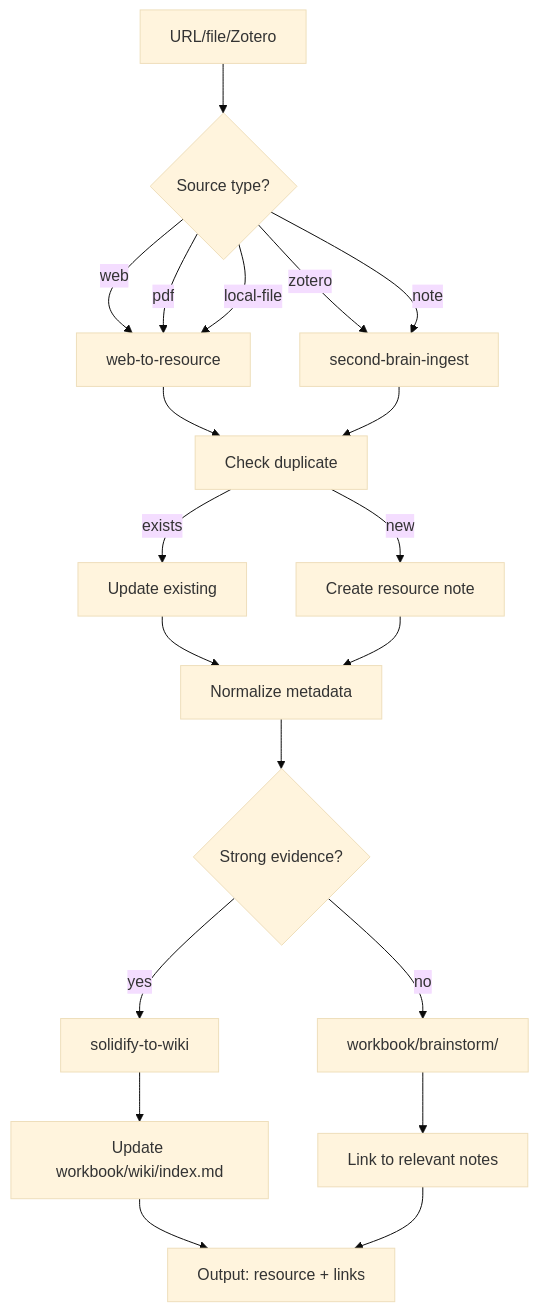
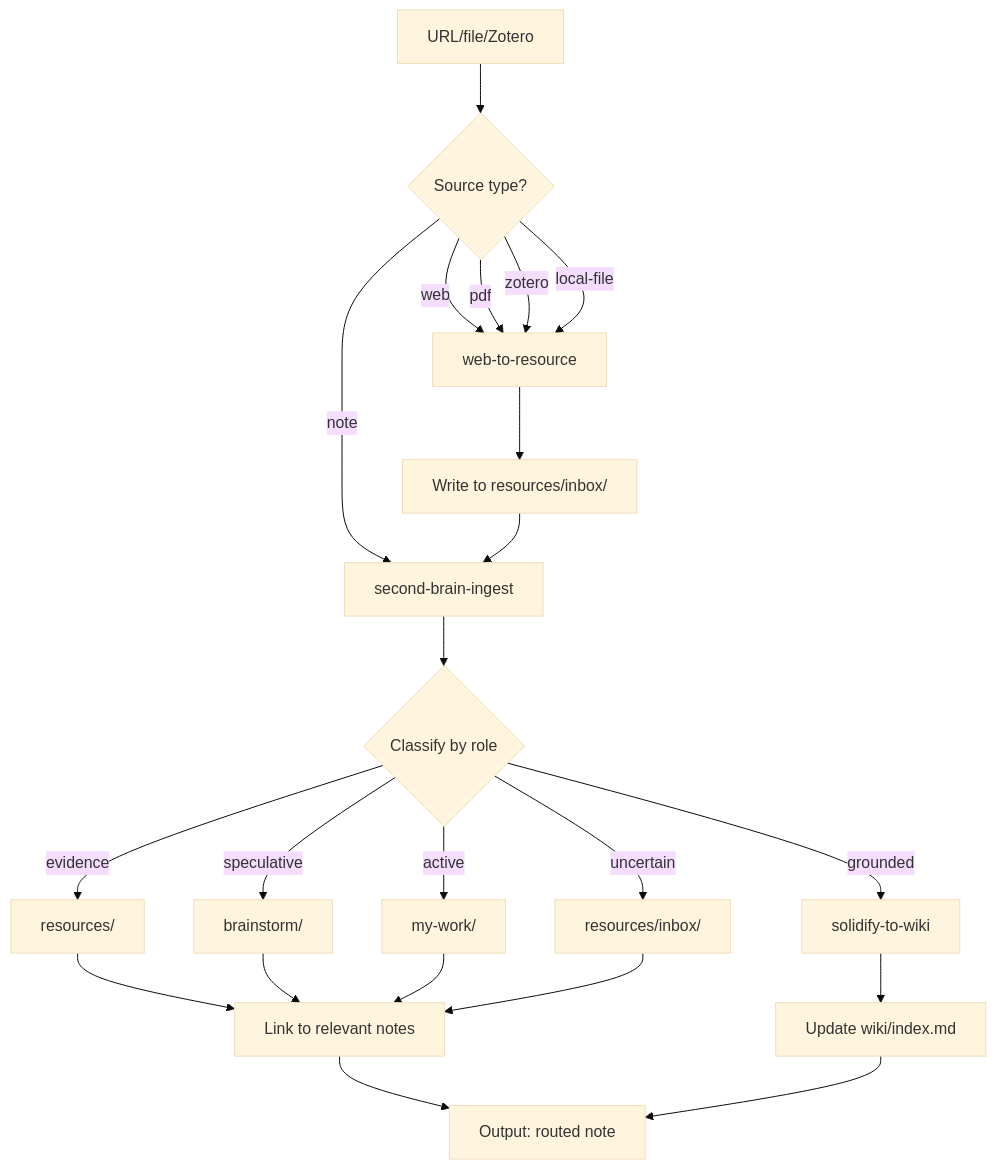
One commit to gengyabc/baicai-notebook changed the seventh of 16 diagrams in docs/routing-flows.md. Above: the diagram before and after it, drawn with Mermaid (base theme). The commit also changed other lines of this file and 11 other files, not shown here.

````diff
--- a/docs/routing-flows.md
+++ b/docs/routing-flows.md
@@ -209,22 +209,24 @@
 ```mermaid
 flowchart TD
     A[URL/file/Zotero] --> B{Source type?}
     B -->|web| C[web-to-resource]
     B -->|pdf| C
-    B -->|zotero| D[second-brain-ingest]
+    B -->|zotero| C
     B -->|local-file| C
-    B -->|note| D
-    C --> E[Check duplicate]
-    D --> E
-    E -->|exists| F[Update existing]
-    E -->|new| G[Create resource note]
-    F --> H[Normalize metadata]
-    G --> H
-    H --> I{Strong evidence?}
-    I -->|yes| J[solidify-to-wiki]
-    I -->|no| K[workbook/brainstorm/]
-    J --> L[Update workbook/wiki/index.md]
-    K --> M[Link to relevant notes]
-    L --> N[Output: resource + links]
+    B -->|note| D[second-brain-ingest]
+    C --> E[Write to resources/inbox/]
+    E --> D
+    D --> F{Classify by role}
+    F -->|evidence| G[resources/]
+    F -->|speculative| H[brainstorm/]
+    F -->|grounded| I[solidify-to-wiki]
+    F -->|active| J[my-work/]
+    F -->|uncertain| K[resources/inbox/]
+    G --> L[Link to relevant notes]
+    H --> L
+    I --> M[Update wiki/index.md]
+    J --> L
+    K --> L
+    L --> N[Output: routed note]
     M --> N
 ```
````
